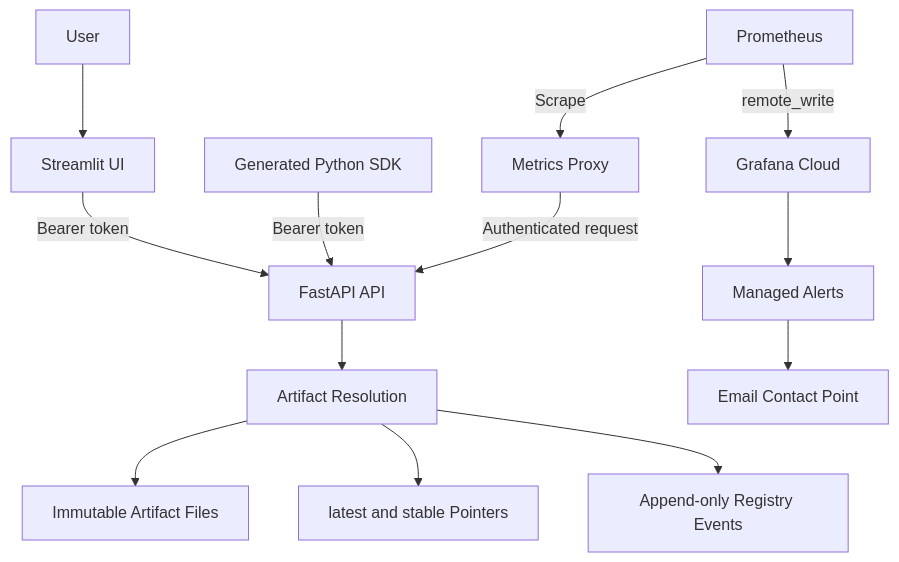
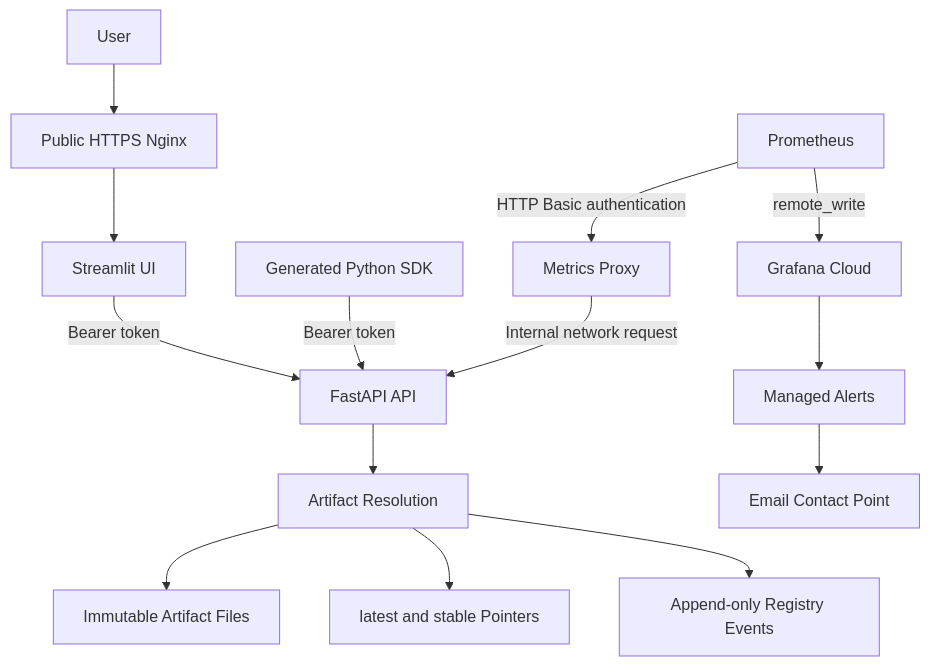
Before and after one commit to sepantakamali/E2EPRAIIP: the diagram in docs/architecture.md, drawn with Mermaid. The commit also changed other lines of this file and 15 other files, not shown here.

````diff
--- a/docs/architecture.md
+++ b/docs/architecture.md
@@ -5,15 +5,16 @@
 ```mermaid
 flowchart TD
-    User --> UI[Streamlit UI]
+    User --> Web[Public HTTPS Nginx]
+    Web --> UI[Streamlit UI]
     UI -->|Bearer token| API[FastAPI API]
     SDK[Generated Python SDK] -->|Bearer token| API
     API --> Resolve[Artifact Resolution]
     Resolve --> Files[Immutable Artifact Files]
     Resolve --> Pointers[latest and stable Pointers]
     Resolve --> Registry[Append-only Registry Events]
-    Prometheus -->|Scrape| Proxy[Metrics Proxy]
-    Proxy -->|Authenticated request| API
+    Prometheus -->|HTTP Basic authentication| Proxy[Metrics Proxy]
+    Proxy -->|Internal network request| API
     Prometheus -->|remote_write| Grafana[Grafana Cloud]
     Grafana --> Alerts[Managed Alerts]
     Alerts --> Email[Email Contact Point]
 ```
````
